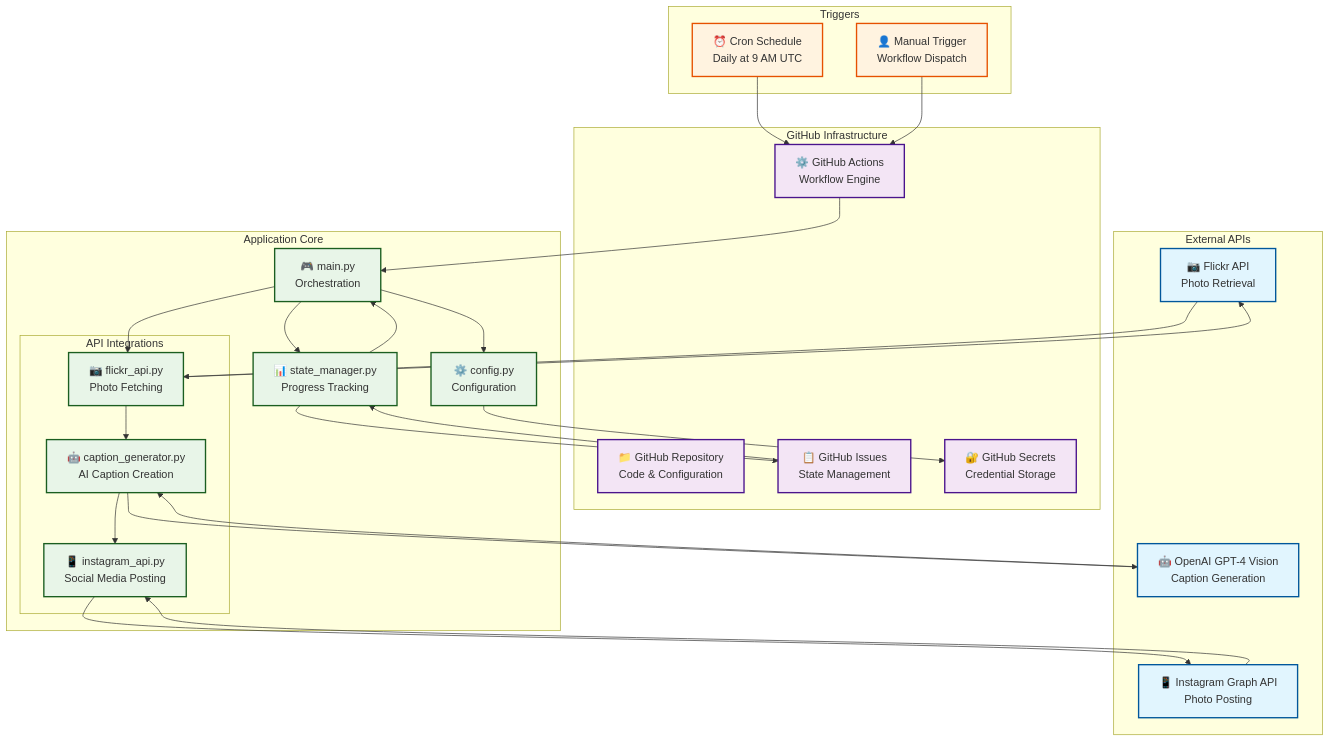
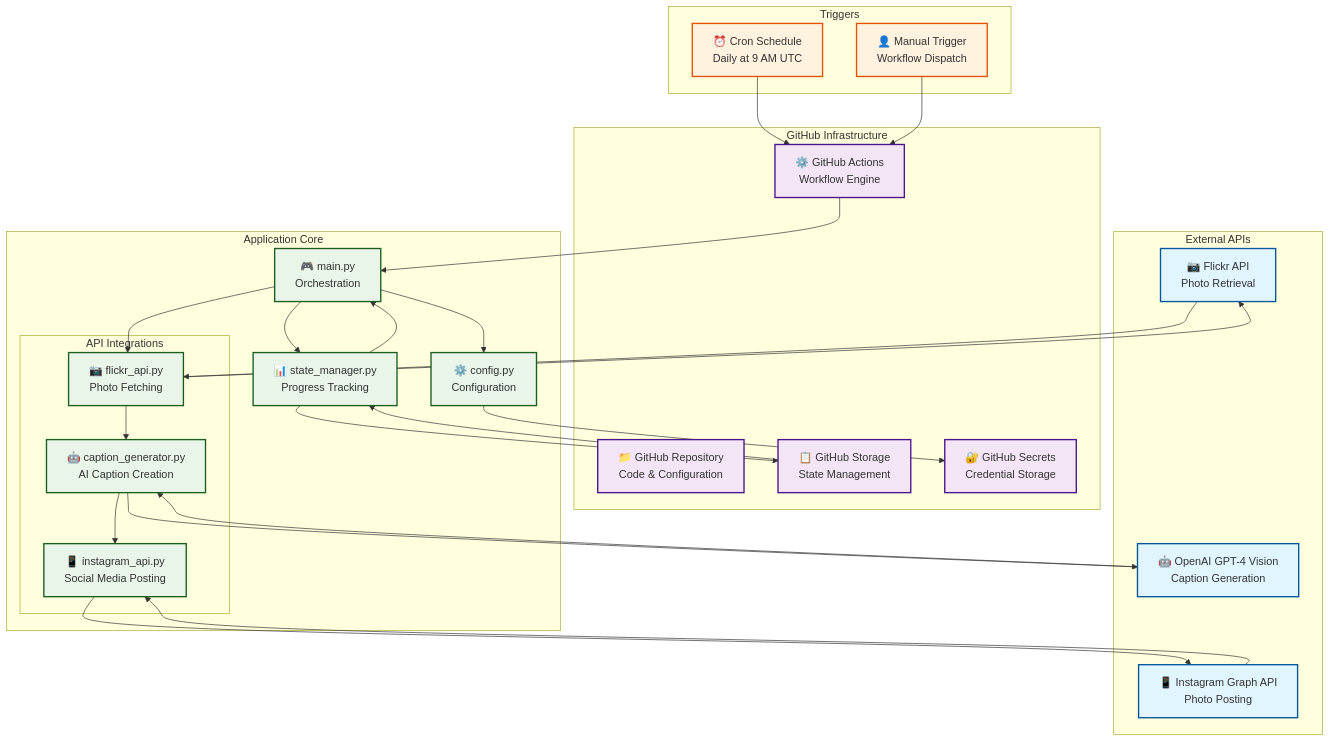
One commit to webmemo-code/flickr-to-instagram-automation changed the third of 6 diagrams in README.md. Above: the diagram before and after it, drawn with Mermaid. The commit also changed other lines of this file, not shown here.

````diff
--- a/README.md
+++ b/README.md
@@ -234,70 +234,70 @@
 ```mermaid
 graph TB
     %% External Services
     subgraph "External APIs"
         FA[📷 Flickr API<br/>Photo Retrieval]
         IA[📱 Instagram Graph API<br/>Photo Posting]
         OA[🤖 OpenAI GPT-4 Vision<br/>Caption Generation]
     end
     
     %% GitHub Infrastructure
     subgraph "GitHub Infrastructure"
         GR[📁 GitHub Repository<br/>Code & Configuration]
         GA[⚙️ GitHub Actions<br/>Workflow Engine]
-        GI[📋 GitHub Issues<br/>State Management]
+        GI[📋 GitHub Storage<br/>State Management]
         GS[🔐 GitHub Secrets<br/>Credential Storage]
     end
     %% Core Application
     subgraph "Application Core"
         MC[🎮 main.py<br/>Orchestration]
         CF[⚙️ config.py<br/>Configuration]
         
         subgraph "API Integrations"
             FL[📷 flickr_api.py<br/>Photo Fetching]
             CG[🤖 caption_generator.py<br/>AI Caption Creation]
             IG[📱 instagram_api.py<br/>Social Media Posting]
         end
         
         SM[📊 state_manager.py<br/>Progress Tracking]
     end
     %% Triggers
     subgraph "Triggers"
         CR[⏰ Cron Schedule<br/>Daily at 9 AM UTC]
         MN[👤 Manual Trigger<br/>Workflow Dispatch]
     end
     %% Data Flow
     CR --> GA
     MN --> GA
     GA --> MC
     
     MC --> CF
     CF --> GS
     
     MC --> FL
     FL --> FA
     FA --> FL
     
     FL --> CG
     CG --> OA
     OA --> CG
     
     CG --> IG
     IG --> IA
     IA --> IG
     
     MC --> SM
     SM --> GI
     GI --> SM
     
     SM --> MC
     %% Styling
     classDef external fill:#e1f5fe,stroke:#01579b,stroke-width:2px
     classDef github fill:#f3e5f5,stroke:#4a148c,stroke-width:2px
     classDef core fill:#e8f5e8,stroke:#1b5e20,stroke-width:2px
     classDef trigger fill:#fff3e0,stroke:#e65100,stroke-width:2px
     
     class FA,IA,OA external
     class GR,GA,GI,GS github
     class MC,CF,FL,CG,IG,SM core
     class CR,MN trigger
 ```
````
